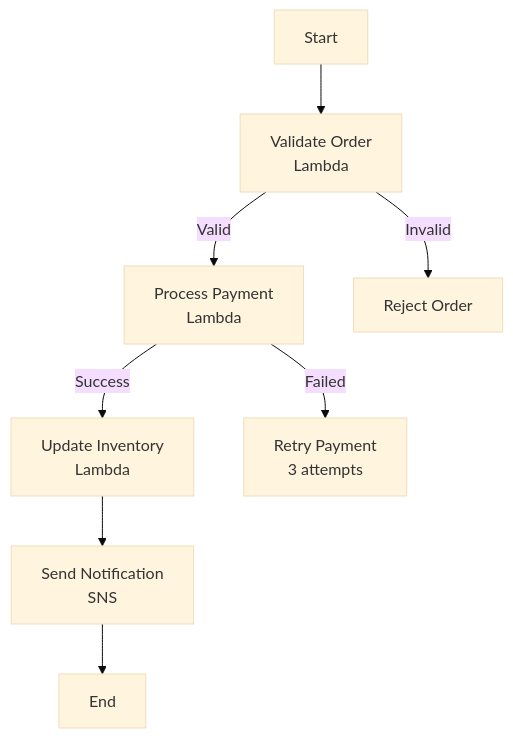
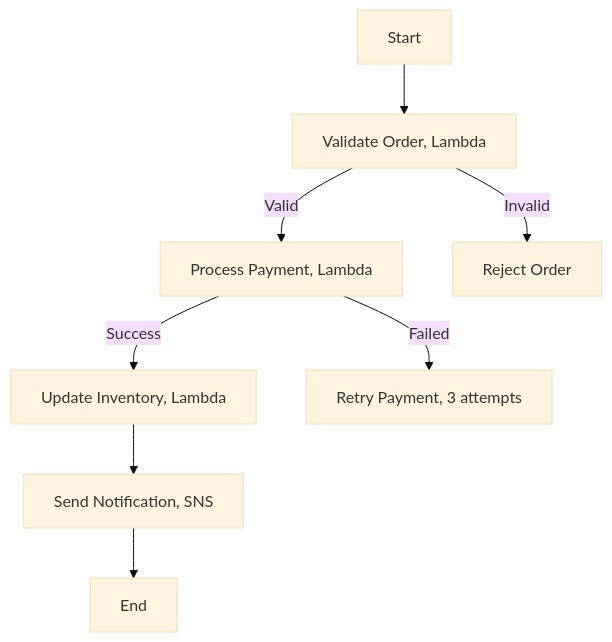
Before and after one commit to DeeptiShuklaProject/Uday_AWS: the sixth of 6 diagrams in Chapter_35_AWS_Step_Functions.md, drawn with Mermaid (base theme). The commit also changed 34 other files, not shown here.

Commit message:
Fix mermaid diagrams syntax across all chapters (quote labels and remove HTML)

````diff
--- a/Chapter_35_AWS_Step_Functions.md
+++ b/Chapter_35_AWS_Step_Functions.md
@@ -1782,10 +1782,10 @@
 ```mermaid
 flowchart TD
-    Start[Start] --> Validate[Validate Order<br>Lambda]
-    Validate -->|Valid| Payment[Process Payment<br>Lambda]
+    Start[Start] --> Validate["Validate Order, Lambda"]
+    Validate -->|Valid| Payment["Process Payment, Lambda"]
     Validate -->|Invalid| Reject[Reject Order]
-    Payment -->|Success| Inventory[Update Inventory<br>Lambda]
-    Payment -->|Failed| Retry[Retry Payment<br>3 attempts]
-    Inventory --> Notify[Send Notification<br>SNS]
+    Payment -->|Success| Inventory["Update Inventory, Lambda"]
+    Payment -->|Failed| Retry["Retry Payment, 3 attempts"]
+    Inventory --> Notify["Send Notification, SNS"]
     Notify --> End[End]
 ```
````
